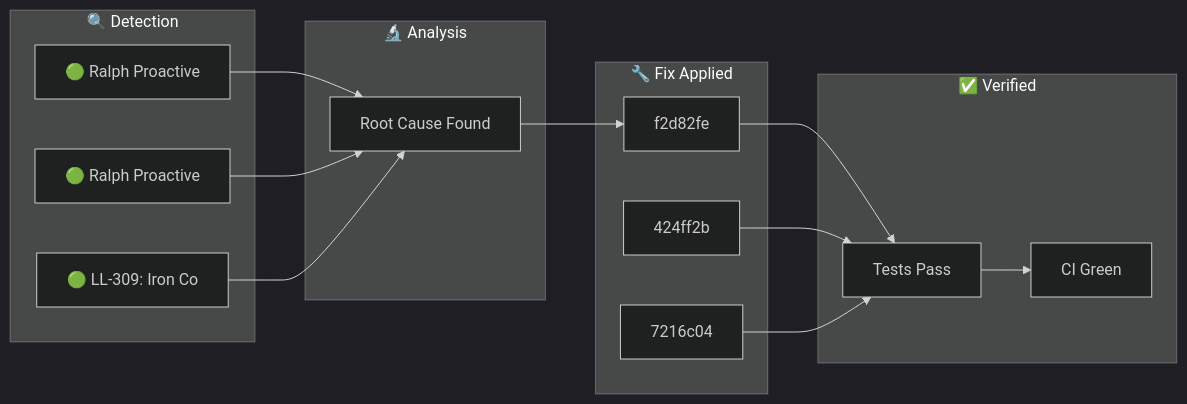
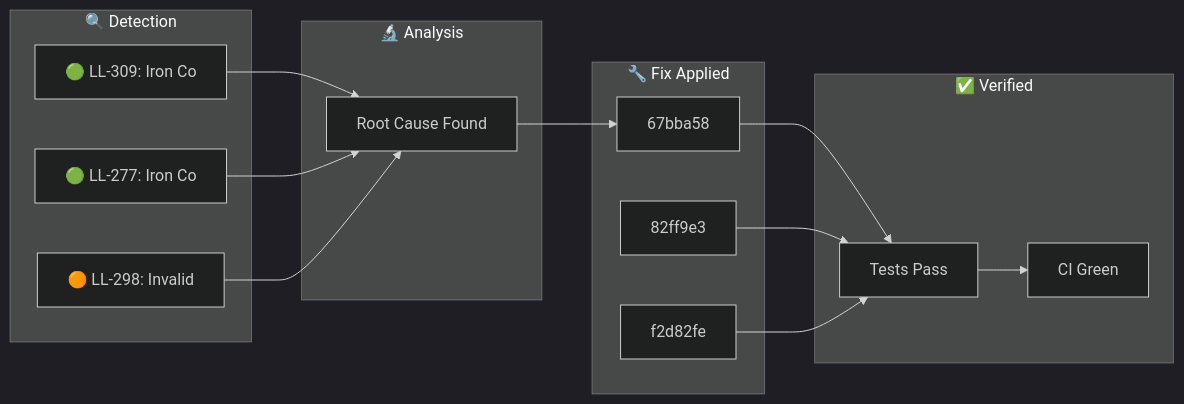
One commit to YoByron/trading changed the diagram in docs/_posts/2026-01-27-ralph-discovery.md. Above: the diagram before and after it, drawn with Mermaid (dark theme). The commit also changed other lines of this file, not shown here.

Commit message:
docs(ralph): Auto-publish discovery blog post

````diff
--- a/docs/_posts/2026-01-27-ralph-discovery.md
+++ b/docs/_posts/2026-01-27-ralph-discovery.md
@@ -17,28 +17,28 @@
 ```mermaid
 flowchart LR
     subgraph Detection["🔍 Detection"]
-        D1["🟢 Ralph Proactive"]
-        D2["🟢 Ralph Proactive"]
-        D3["🟢 LL-309: Iron Co"]
+        D1["🟢 LL-309: Iron Co"]
+        D2["🟢 LL-277: Iron Co"]
+        D3["🟠 LL-298: Invalid"]
     end
     subgraph Analysis["🔬 Analysis"]
         A1["Root Cause Found"]
     end
     subgraph Fix["🔧 Fix Applied"]
-        F1["f2d82fe"]
-        F2["424ff2b"]
-        F3["7216c04"]
+        F1["67bba58"]
+        F2["82ff9e3"]
+        F3["f2d82fe"]
     end
     subgraph Verify["✅ Verified"]
         V1["Tests Pass"]
         V2["CI Green"]
     end
     D1 --> A1
     D2 --> A1
     D3 --> A1
     A1 --> F1
     F1 --> V1
     F2 --> V1
     F3 --> V1
     V1 --> V2
 ```
````
